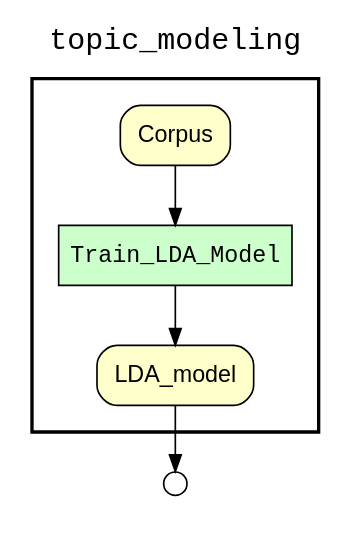
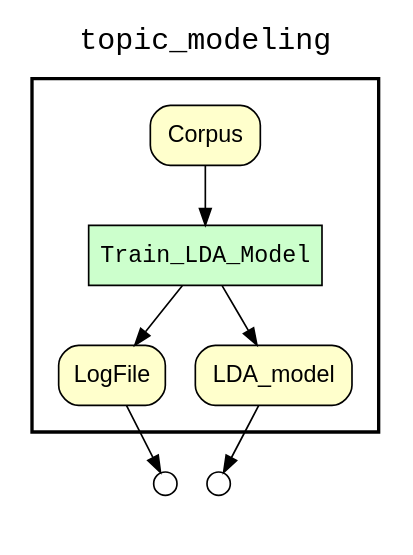
Before and after one commit to LanLi2017/yw_text-mining: the diagram in text_mining/topic_modeling/results/wf_downstream_of_Corpus.gv, drawn with Graphviz. The commit also changed 33 other files, not shown here.

```diff
--- a/text_mining/topic_modeling/results/wf_downstream_of_Corpus.gv
+++ b/text_mining/topic_modeling/results/wf_downstream_of_Corpus.gv
@@ -1,28 +1,32 @@
 
 digraph yw_data_view {
 rankdir=TB
 fontname=Courier; fontsize=18; labelloc=t
 label="topic_modeling"
 subgraph cluster_workflow { label=""; color=black; penwidth=2
 subgraph cluster_workflow_inner { label=""; color=white
 node[shape=box style="filled" fillcolor="#CCFFCC" peripheries=1 fontname=Courier]
 Train_LDA_Model
 node[shape=box style="filled" fillcolor="#CCFFCC" peripheries=1 fontname=Courier]
 node[shape=box style="rounded,filled" fillcolor="#FFFFCC" peripheries=1 fontname=Helvetica]
+LogFile
 Corpus
 LDA_model
 node[shape=box style="rounded,filled" fillcolor="#FFFFFF" peripheries=1 fontname=Helvetica]
 }}
 subgraph cluster_inflows { label=""; color=white; penwidth=2
 subgraph cluster_inflows_inner { label=""; color=white
 node[shape=circle fillcolor="#FFFFFF" peripheries=1 width=0.2]
 }}
 subgraph cluster_outflows { label=""; color=white; penwidth=2
 subgraph cluster_outflows_inner { label=""; color=white
 node[shape=circle fillcolor="#FFFFFF" peripheries=1 width=0.2]
 LDA_model_outflow [label=""]
+LogFile_outflow [label=""]
 }}
 Train_LDA_Model -> LDA_model
+Train_LDA_Model -> LogFile
 Corpus -> Train_LDA_Model
 LDA_model -> LDA_model_outflow
+LogFile -> LogFile_outflow
 }
```
